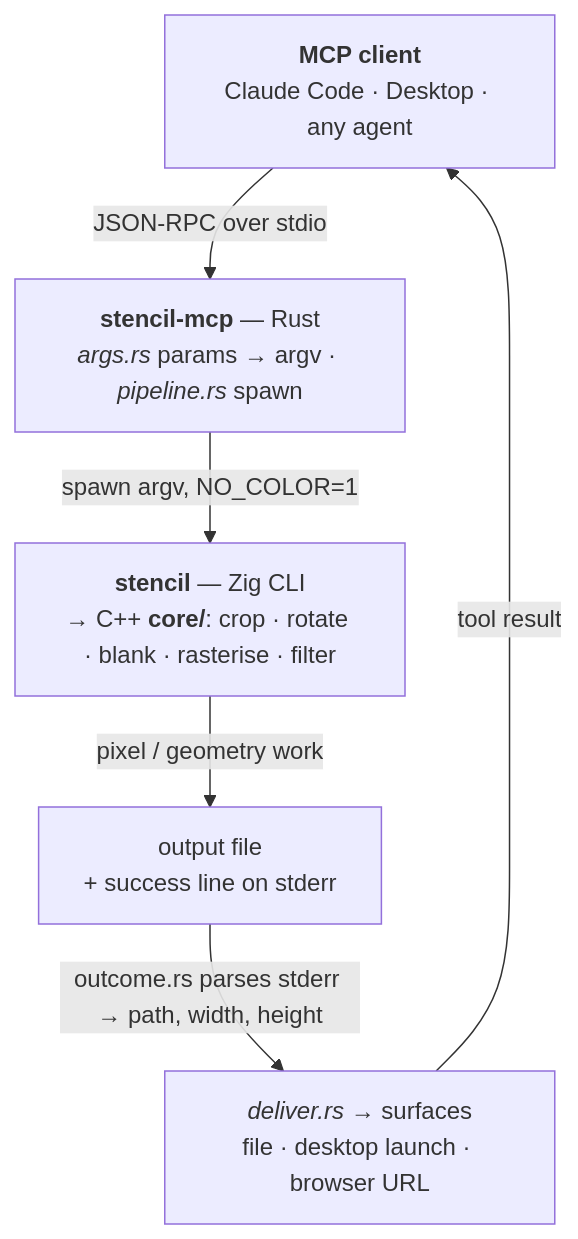
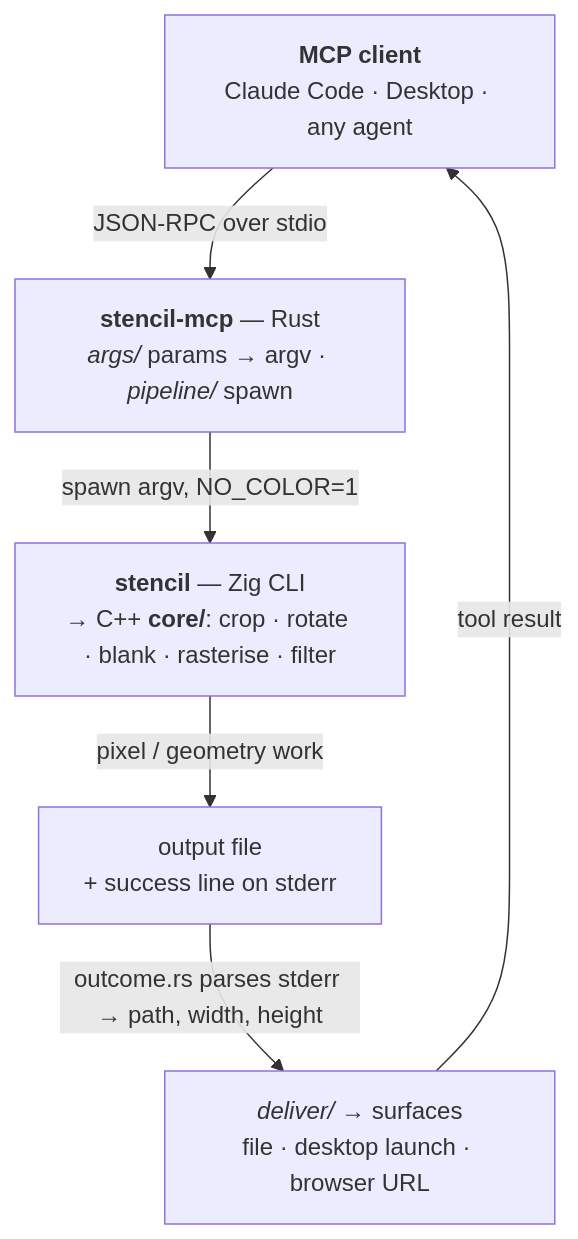
One commit to andrew1407/stencil changed the second of 2 diagrams in mcp/README.md. Above: the diagram before and after it, drawn with Mermaid. The commit also changed other lines of this file and 3128 other files, not shown here.

````diff
--- a/mcp/README.md
+++ b/mcp/README.md
@@ -438,14 +516,14 @@
 ```mermaid
 graph TD
     CLIENT["<b>MCP client</b><br/>Claude Code · Desktop · any agent"]
-    SERVER["<b>stencil-mcp</b> — Rust<br/><i>args.rs</i> params → argv · <i>pipeline.rs</i> spawn"]
+    SERVER["<b>stencil-mcp</b> — Rust<br/><i>args/</i> params → argv · <i>pipeline/</i> spawn"]
     CLI["<b>stencil</b> — Zig CLI<br/>→ C++ <b>core/</b>: crop · rotate · blank · rasterise · filter"]
     OUT["output file<br/>+ success line on stderr"]
-    DELIVER["<i>deliver.rs</i> → surfaces<br/>file · desktop launch · browser URL"]
+    DELIVER["<i>deliver/</i> → surfaces<br/>file · desktop launch · browser URL"]
 
     CLIENT -->|"JSON-RPC over stdio"| SERVER
     SERVER -->|"spawn argv, NO_COLOR=1"| CLI
     CLI -->|"pixel / geometry work"| OUT
     OUT -->|"outcome.rs parses stderr → path, width, height"| DELIVER
     DELIVER -->|"tool result"| CLIENT
 ```
````
